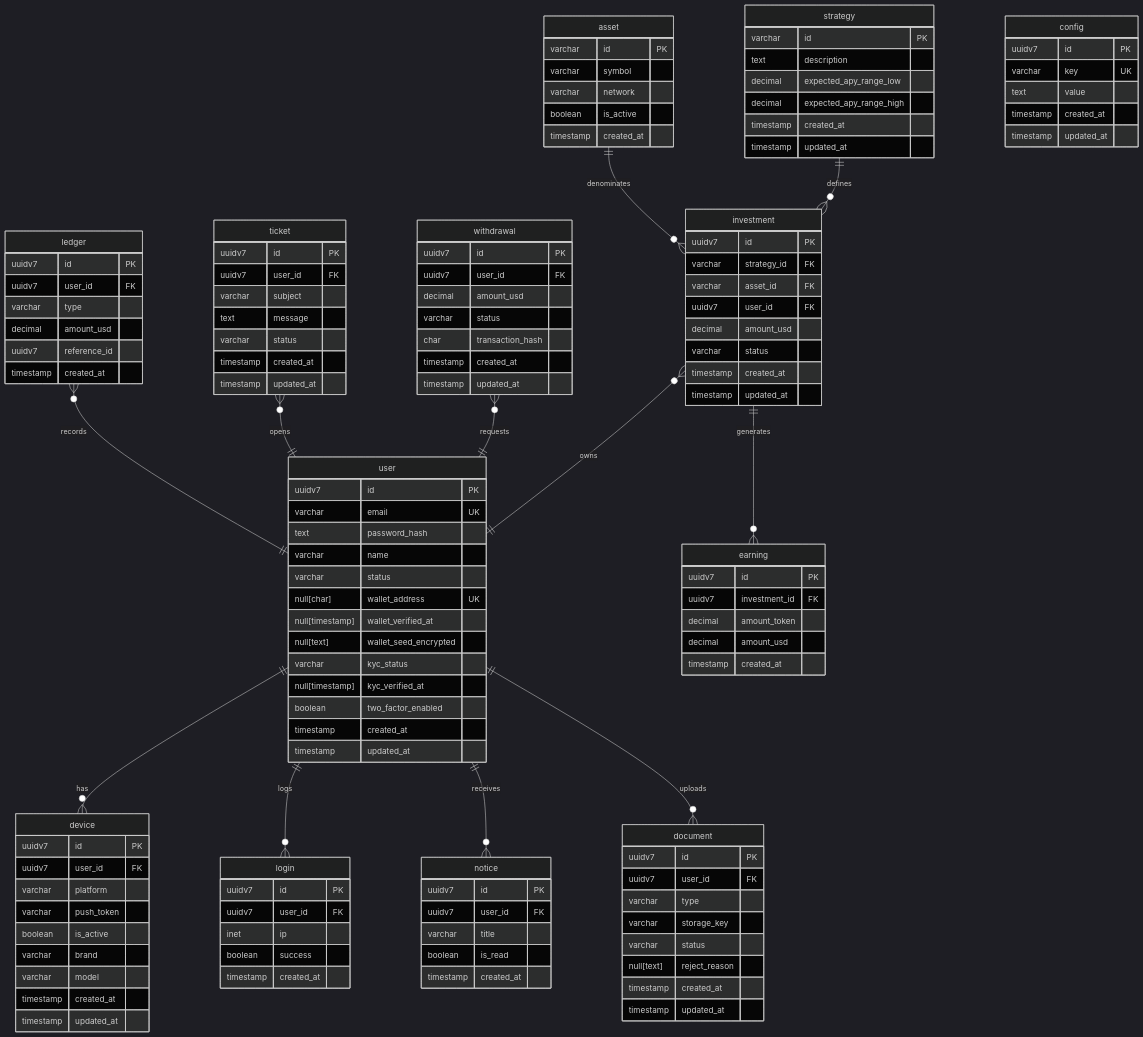
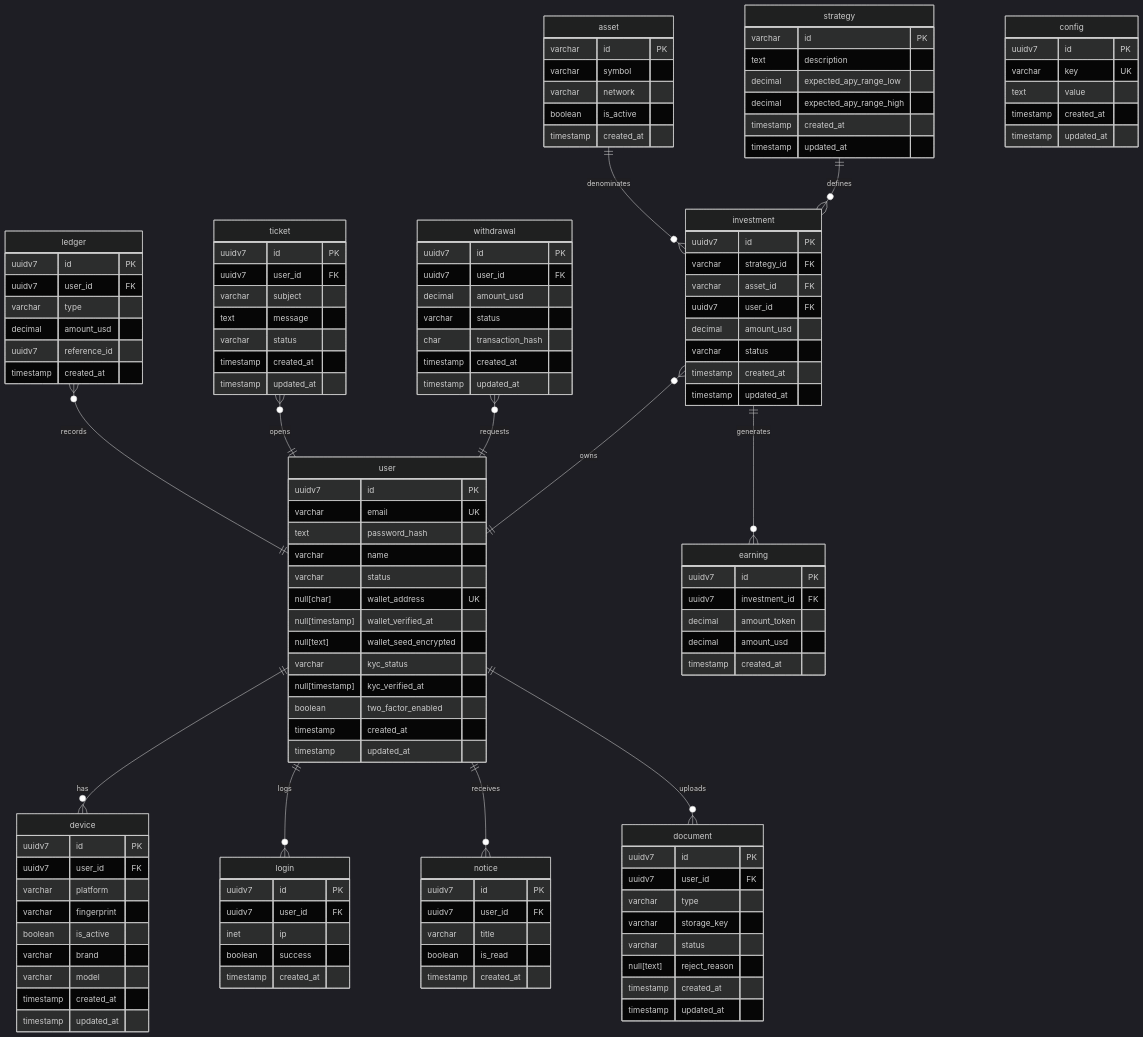
The diagram in er.mermaid (leandroluk/investor), drawn with Mermaid (dark theme) before and after one commit. The commit also changed 3 other files, not shown here.

Commit message:
refactor: change push_token to fingerprint

```diff
--- a/er.mermaid
+++ b/er.mermaid
@@ -1,145 +1,145 @@
  erDiagram
     %% MODULE: account
     device {
-        uuidv7    id         PK
-        uuidv7    user_id    FK
-        varchar   platform   ""
-        varchar   push_token ""
-        boolean   is_active  ""
-        varchar   brand      ""
-        varchar   model      ""
-        timestamp created_at ""
-        timestamp updated_at ""
+        uuidv7    id          PK
+        uuidv7    user_id     FK
+        varchar   platform    ""
+        varchar   fingerprint ""
+        boolean   is_active   ""
+        varchar   brand       ""
+        varchar   model       ""
+        timestamp created_at  ""
+        timestamp updated_at  ""
     }
     login {
         uuidv7    id         PK
         uuidv7    user_id    FK
         inet      ip         ""
         boolean   success    ""
         timestamp created_at ""
     }
     user {
         uuidv7          id                    PK
         varchar         email                 UK
         text            password_hash         ""
         varchar         name                  ""
         varchar         status                ""
         null[char]      wallet_address        UK
         null[timestamp] wallet_verified_at    ""
         null[text]      wallet_seed_encrypted ""
         varchar         kyc_status            ""
         null[timestamp] kyc_verified_at       ""
         boolean         two_factor_enabled    ""
         timestamp       created_at            ""
         timestamp       updated_at            ""
     }
 
     %% MODULE: account (documents)
     document {
         uuidv7     id            PK
         uuidv7     user_id       FK
         varchar    type          ""
         varchar    storage_key   ""
         varchar    status        ""
         null[text] reject_reason ""
         timestamp  created_at    ""
         timestamp  updated_at    ""
     }
 
     %% MODULE: audit
     ledger {
         uuidv7    id           PK
         uuidv7    user_id      FK
         varchar   type         "" 
         decimal   amount_usd   ""
         uuidv7    reference_id ""
         timestamp created_at   ""
     }
 
     %% MODULE: catalog
     asset {
         varchar   id         PK
         varchar   symbol     ""
         varchar   network    ""
         boolean   is_active  ""
         timestamp created_at ""
     }
     strategy {
         varchar   id                      PK
         text      description             ""
         decimal   expected_apy_range_low  ""
         decimal   expected_apy_range_high ""
         timestamp created_at              ""
         timestamp updated_at              ""
     }
 
     %% MODULE: portfolio
     earning {
         uuidv7    id            PK
         uuidv7    investment_id FK
         decimal   amount_token  ""
         decimal   amount_usd    ""
         timestamp created_at    ""
     }
     investment {
         uuidv7    id          PK
         varchar   strategy_id FK
         varchar   asset_id    FK
         uuidv7    user_id     FK
         decimal   amount_usd  ""
         varchar   status      ""
         timestamp created_at  ""
         timestamp updated_at  ""
     }
 
     %% MODULE: signal
     notice {
         uuidv7    id         PK
         uuidv7    user_id    FK
         varchar   title      ""
         boolean   is_read    ""
         timestamp created_at ""
     }
 
     %% MODULE: support
     ticket {
         uuidv7    id         PK
         uuidv7    user_id    FK
         varchar   subject    ""
         text      message    ""
         varchar   status     ""
         timestamp created_at ""
         timestamp updated_at ""
     }
 
     %% MODULE: system
     config {
         uuidv7    id           PK
         varchar   key          UK
         text      value        ""
         timestamp created_at   ""
         timestamp updated_at   ""
     }
 
     %% MODULE: treasury
     withdrawal {
         uuidv7    id               PK
         uuidv7    user_id          FK
         decimal   amount_usd       ""
         varchar   status           ""
         char      transaction_hash ""
         timestamp created_at       ""
         timestamp updated_at       ""
     }
 
     user       ||--o{ device     : "has"
     user       ||--o{ login      : "logs"
     user       ||--o{ notice     : "receives"
     user       ||--o{ document   : "uploads"
     investment }o--|| user       : "owns"
     withdrawal }o--|| user       : "requests"
     ticket     }o--|| user       : "opens"
     ledger     }o--|| user       : "records"
     strategy   ||--o{ investment : "defines"
     asset      ||--o{ investment : "denominates"
     investment ||--o{ earning    : "generates"
```
